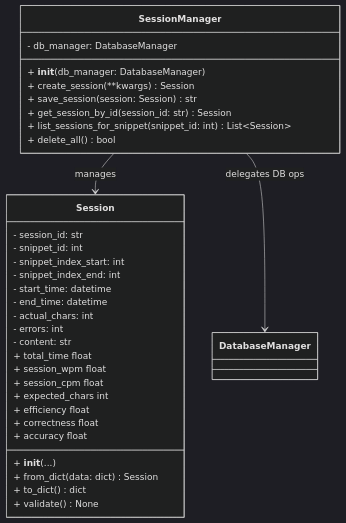
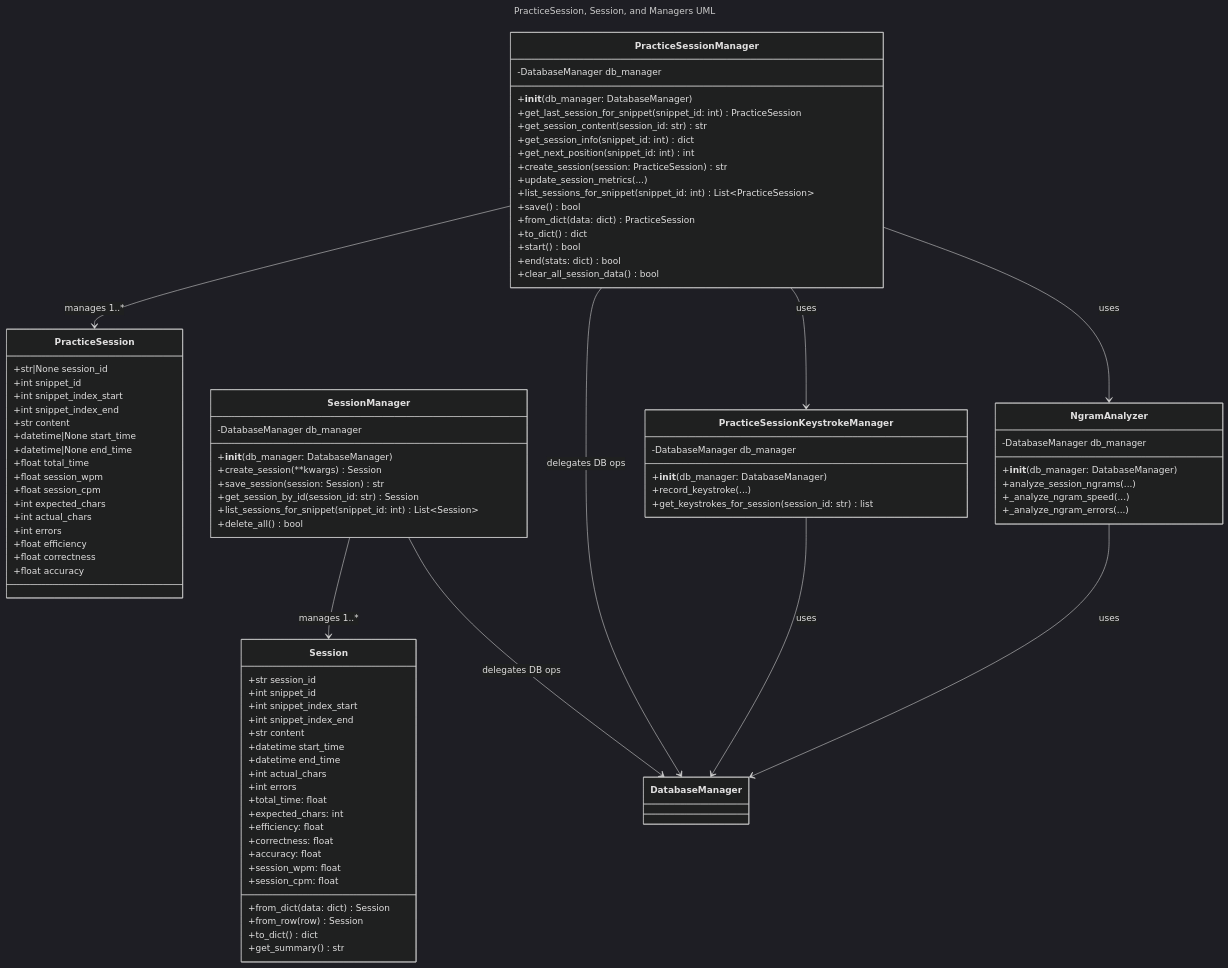
The diagram in Prompts/PracticeSession.md (SeanAdams10/AITypingTrainer), drawn with Mermaid (dark theme) before and after one commit. The commit also changed 5 other files, not shown here.

Commit message:
Updated all class diagrams

````diff
--- a/Prompts/PracticeSession.md
+++ b/Prompts/PracticeSession.md
@@ -105,36 +105,93 @@
 ```mermaid
+---
+title: PracticeSession, Session, and Managers UML
+---
 classDiagram
     class Session {
-        - session_id: str
-        - snippet_id: int
-        - snippet_index_start: int
-        - snippet_index_end: int
-        - start_time: datetime
-        - end_time: datetime
-        - actual_chars: int
-        - errors: int
-        - content: str
-        + __init__(...)
-        + from_dict(data: dict) Session
-        + to_dict() dict
-        + total_time float
-        + session_wpm float
-        + session_cpm float
-        + expected_chars int
-        + efficiency float
-        + correctness float
-        + accuracy float
-        + validate() None
+        +str session_id
+        +int snippet_id
+        +int snippet_index_start
+        +int snippet_index_end
+        +str content
+        +datetime start_time
+        +datetime end_time
+        +int actual_chars
+        +int errors
+        +from_dict(data: dict) Session
+        +from_row(row) Session
+        +to_dict() dict
+        +get_summary() str
+        +total_time: float
+        +expected_chars: int
+        +efficiency: float
+        +correctness: float
+        +accuracy: float
+        +session_wpm: float
+        +session_cpm: float
+    }
+    class PracticeSession {
+        +str|None session_id
+        +int snippet_id
+        +int snippet_index_start
+        +int snippet_index_end
+        +str content
+        +datetime|None start_time
+        +datetime|None end_time
+        +float total_time
+        +float session_wpm
+        +float session_cpm
+        +int expected_chars
+        +int actual_chars
+        +int errors
+        +float efficiency
+        +float correctness
+        +float accuracy
     }
     class SessionManager {
-        - db_manager: DatabaseManager
-        + __init__(db_manager: DatabaseManager)
-        + create_session(**kwargs) Session
-        + save_session(session: Session) str
-        + get_session_by_id(session_id: str) Session
-        + list_sessions_for_snippet(snippet_id: int) List~Session~
-        + delete_all() bool
+        -DatabaseManager db_manager
+        +__init__(db_manager: DatabaseManager)
+        +create_session(**kwargs) Session
+        +save_session(session: Session) str
+        +get_session_by_id(session_id: str) Session
+        +list_sessions_for_snippet(snippet_id: int) List~Session~
+        +delete_all() bool
     }
-    SessionManager --> Session : manages
+    class PracticeSessionManager {
+        -DatabaseManager db_manager
+        +__init__(db_manager: DatabaseManager)
+        +get_last_session_for_snippet(snippet_id: int) PracticeSession
+        +get_session_content(session_id: str) str
+        +get_session_info(snippet_id: int) dict
+        +get_next_position(snippet_id: int) int
+        +create_session(session: PracticeSession) str
+        +update_session_metrics(...)
+        +list_sessions_for_snippet(snippet_id: int) List~PracticeSession~
+        +save() bool
+        +from_dict(data: dict) PracticeSession
+        +to_dict() dict
+        +start() bool
+        +end(stats: dict) bool
+        +clear_all_session_data() bool
+    }
+    class PracticeSessionKeystrokeManager {
+        -DatabaseManager db_manager
+        +__init__(db_manager: DatabaseManager)
+        +record_keystroke(...)
+        +get_keystrokes_for_session(session_id: str) list
+    }
+    class NgramAnalyzer {
+        -DatabaseManager db_manager
+        +__init__(db_manager: DatabaseManager)
+        +analyze_session_ngrams(...)
+        +_analyze_ngram_speed(...)
+        +_analyze_ngram_errors(...)
+    }
+    SessionManager --> Session : manages 1..*
     SessionManager --> DatabaseManager : delegates DB ops
+    PracticeSessionManager --> PracticeSession : manages 1..*
+    PracticeSessionManager --> DatabaseManager : delegates DB ops
+    PracticeSessionKeystrokeManager --> DatabaseManager : uses
+    NgramAnalyzer --> DatabaseManager : uses
+    PracticeSessionManager --> PracticeSessionKeystrokeManager : uses
+    PracticeSessionManager --> NgramAnalyzer : uses
 ```
````
